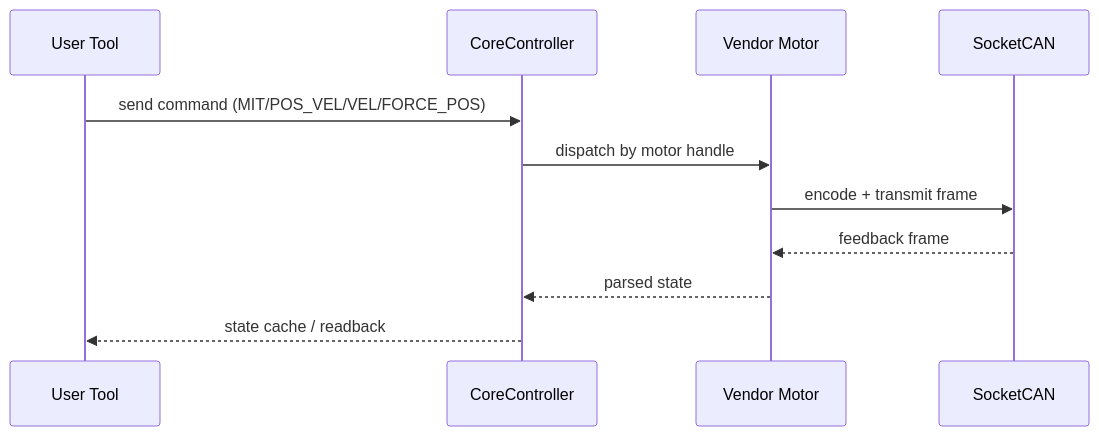
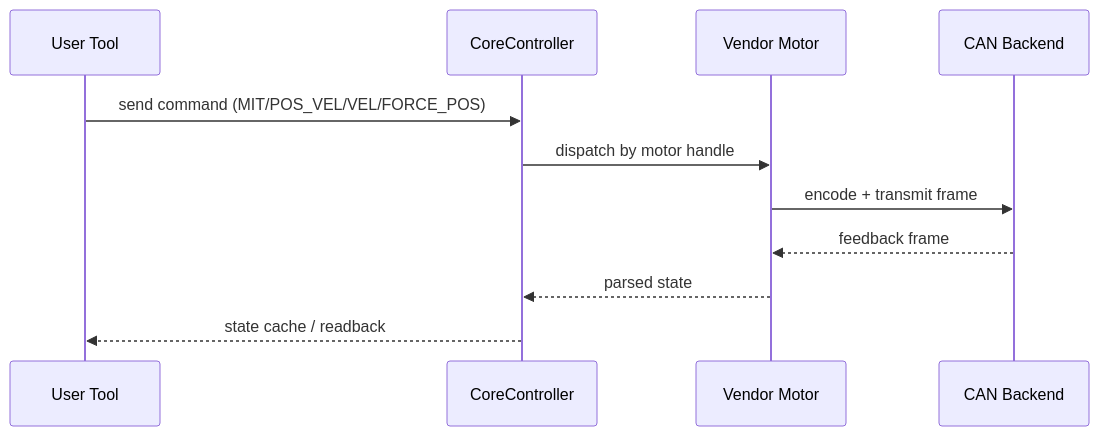
Before and after one commit to tianrking/motorbridge: the second of 2 diagrams in docs/en/architecture.md, drawn with Mermaid. The commit also changed other lines of this file and 30 other files, not shown here.

````diff
--- a/docs/en/architecture.md
+++ b/docs/en/architecture.md
@@ -19,13 +21,13 @@
 ```mermaid
 sequenceDiagram
   participant U as User Tool
   participant C as CoreController
   participant V as Vendor Motor
-  participant B as SocketCAN
+  participant B as CAN Backend
   U->>C: send command (MIT/POS_VEL/VEL/FORCE_POS)
   C->>V: dispatch by motor handle
   V->>B: encode + transmit frame
   B-->>V: feedback frame
   V-->>C: parsed state
   C-->>U: state cache / readback
 ```
````
